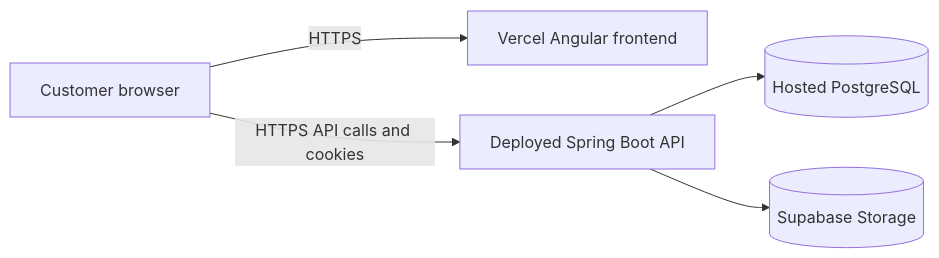
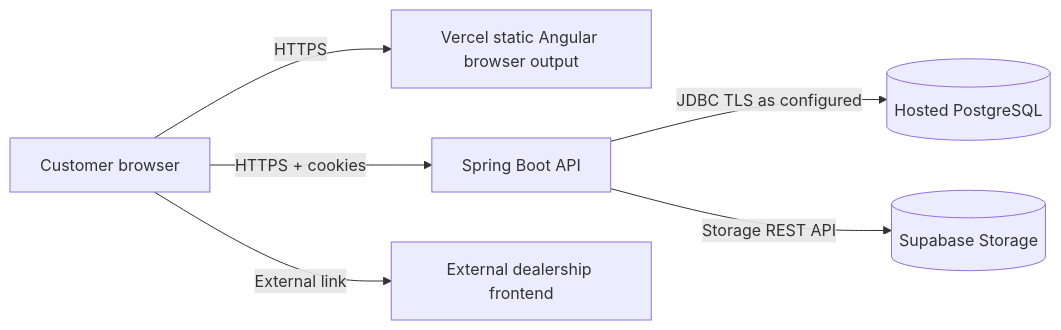
Before and after one commit to yassineao/poetsanders: diagram 17 of 17 in README.md, drawn with Mermaid. The commit also changed other lines of this file, not shown here.

````diff
--- a/README.md
+++ b/README.md
@@ -1006,13 +1455,15 @@
 ```mermaid
 flowchart LR
     Browser[Customer browser]
-    Vercel[Vercel Angular frontend]
-    API[Deployed Spring Boot API]
-    Postgres[(Hosted PostgreSQL)]
+    Vercel[Vercel static Angular browser output]
+    API[Spring Boot API]
+    DB[(Hosted PostgreSQL)]
     Storage[(Supabase Storage)]
+    Dealer[External dealership frontend]
 
     Browser -->|HTTPS| Vercel
-    Browser -->|HTTPS API calls and cookies| API
-    API --> Postgres
-    API --> Storage
+    Browser -->|HTTPS + cookies| API
+    Browser -->|External link| Dealer
+    API -->|JDBC TLS as configured| DB
+    API -->|Storage REST API| Storage
 ```
````
